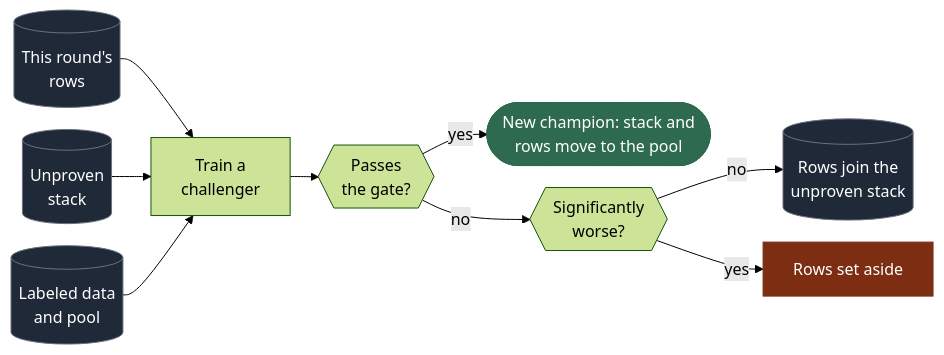
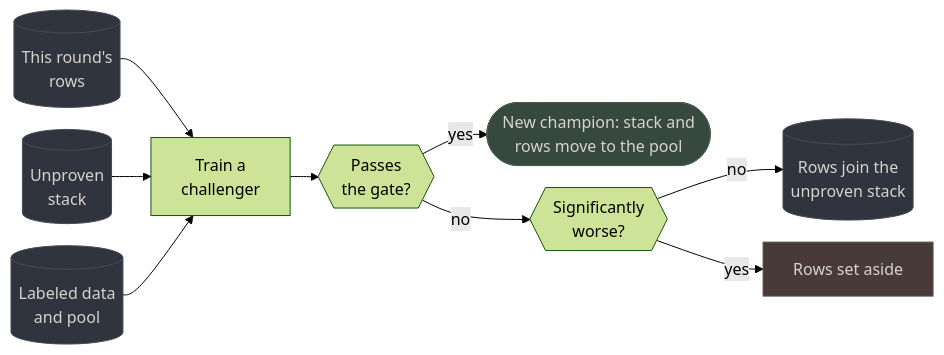
The fifth of 6 diagrams in README.md (LCapy/embedding-rhizome-classifier), drawn with Mermaid (forest theme) before and after one commit. The commit also changed other lines of this file and 10 other files, not shown here.

````diff
--- a/README.md
+++ b/README.md
@@ -407,19 +419,19 @@
 ```mermaid
 %%{init: {"flowchart": {"nodeSpacing": 22, "rankSpacing": 28}}}%%
 flowchart LR
     Rows[("This round's<br/>rows")] --> Train["Train a<br/>challenger"]
     Stack[("Unproven<br/>stack")] --> Train
     Pool[("Labeled data<br/>and pool")] --> Train
     Train --> Gate{{"Passes<br/>the gate?"}}
     Gate -->|"yes"| Promote(["New champion: stack and<br/>rows move to the pool"])
     Gate -->|"no"| Worse{{"Significantly<br/>worse?"}}
     Worse -->|"no"| Join[("Rows join the<br/>unproven stack")]
     Worse -->|"yes"| Aside["Rows set aside"]
 
-    classDef champion fill:#2d6a4f,color:#fff,stroke:#2d6a4f
-    classDef store fill:#1f2937,color:#fff,stroke:#6b7280
-    classDef ended fill:#7c2d12,color:#fff,stroke:#7c2d12
+    classDef champion fill:#37483f,color:#d6d3cb,stroke:#4a5d53
+    classDef store fill:#30343e,color:#d6d3cb,stroke:#474c58
+    classDef ended fill:#483b37,color:#d6d3cb,stroke:#5d4d48
     class Promote champion
     class Rows,Stack,Pool,Join store
     class Aside ended
 ```
````
